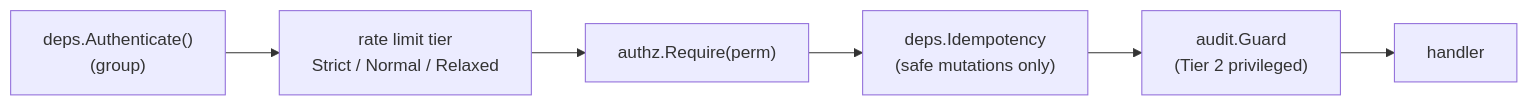
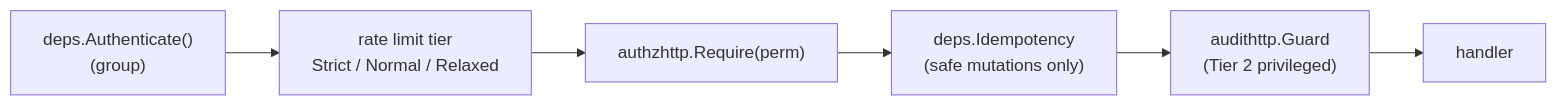
One commit to chuanghiduoc/fiber-golang-boilerplate changed the third of 6 diagrams in docs/module-template.md. Above: the diagram before and after it, drawn with Mermaid. The commit also changed other lines of this file and 182 other files, not shown here.

````diff
--- a/docs/module-template.md
+++ b/docs/module-template.md
@@ -232,8 +260,8 @@
 ```mermaid
 flowchart LR
     A["deps.Authenticate()<br/>(group)"] --> B["rate limit tier<br/>Strict / Normal / Relaxed"]
-    B --> C["authz.Require(perm)"]
+    B --> C["authzhttp.Require(perm)"]
     C --> D["deps.Idempotency<br/>(safe mutations only)"]
-    D --> E["audit.Guard<br/>(Tier 2 privileged)"]
+    D --> E["audithttp.Guard<br/>(Tier 2 privileged)"]
     E --> F[handler]
 ```
````
